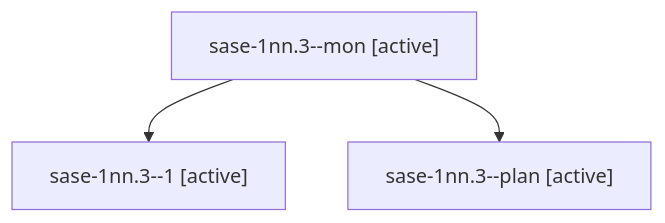
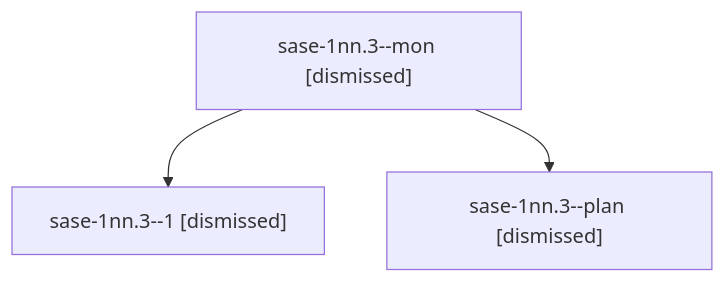
One commit to sase-org/sase--agents changed the diagram in sessions/bbugyi200.athena.sase-1nn.3.md. Above: the diagram before and after it, drawn with Mermaid. The commit also changed other lines of this file and 188 other files, not shown here.

````diff
--- a/sessions/bbugyi200.athena.sase-1nn.3.md
+++ b/sessions/bbugyi200.athena.sase-1nn.3.md
@@ -9,8 +9,8 @@
 ```mermaid
 flowchart TD
-  n0["sase-1nn.3--mon [active]"]
-  n1["sase-1nn.3--1 [active]"]
+  n0["sase-1nn.3--mon [dismissed]"]
+  n1["sase-1nn.3--1 [dismissed]"]
   n0 --> n1
-  n2["sase-1nn.3--plan [active]"]
+  n2["sase-1nn.3--plan [dismissed]"]
   n0 --> n2
 ```
````
